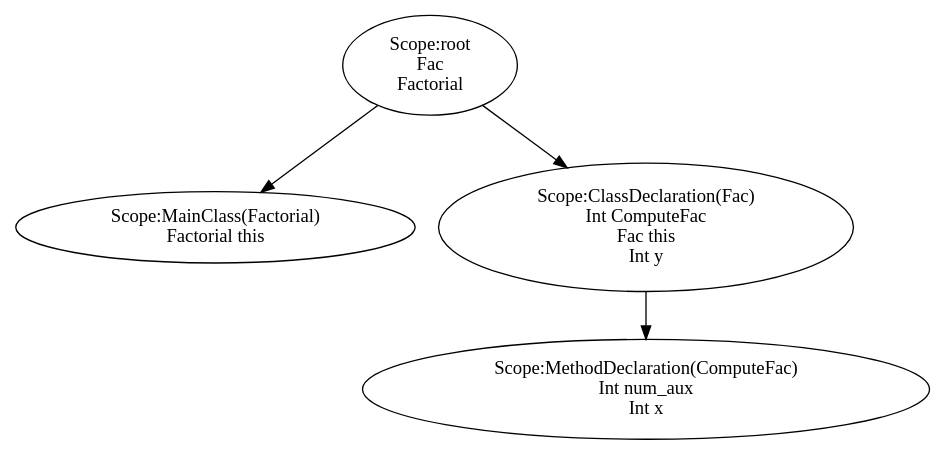
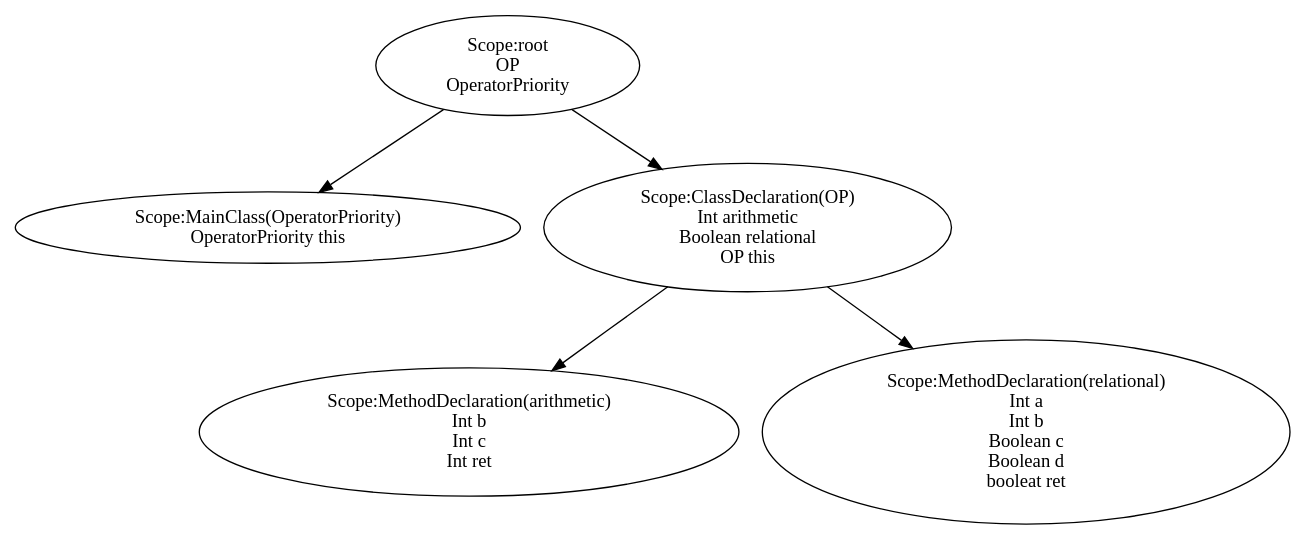
One commit to JakobAdamsson/Compiler-and-translation-technique changed the diagram in assignment2/assignment/st.dot. Above: the diagram before and after it, drawn with Graphviz. The commit also changed 14 other files, not shown here.

```diff
--- a/assignment2/assignment/st.dot
+++ b/assignment2/assignment/st.dot
@@ -1,21 +1,30 @@
 digraph {
 n0 [label="Scope:root
- Fac
- Factorial
+ OP
+ OperatorPriority
 "];
-n1 [label="Scope:MainClass(Factorial)
-Factorial this
+n1 [label="Scope:MainClass(OperatorPriority)
+OperatorPriority this
 "];
 n0 -> n1
-n2 [label="Scope:ClassDeclaration(Fac)
-Int ComputeFac
-Fac this
-Int y
+n2 [label="Scope:ClassDeclaration(OP)
+Int arithmetic
+Boolean relational
+OP this
 "];
-n3 [label="Scope:MethodDeclaration(ComputeFac)
-Int num_aux
-Int x
+n3 [label="Scope:MethodDeclaration(arithmetic)
+Int b
+Int c
+Int ret
 "];
 n2 -> n3
+n4 [label="Scope:MethodDeclaration(relational)
+Int a
+Int b
+Boolean c
+Boolean d
+booleat ret
+"];
+n2 -> n4
 n0 -> n2
 }
```
